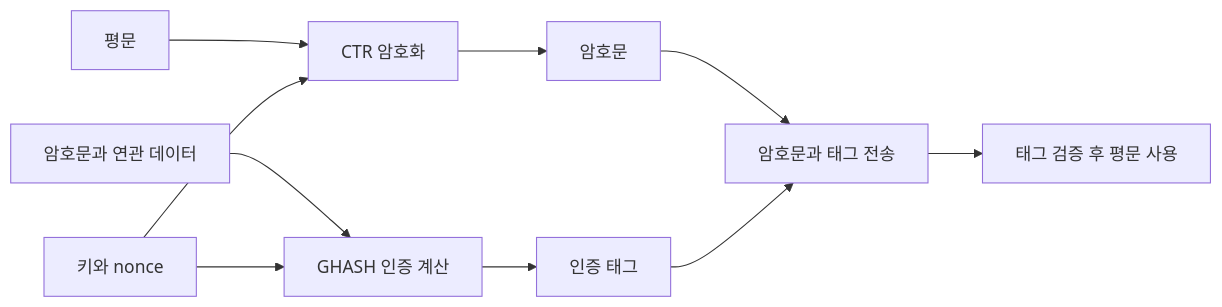
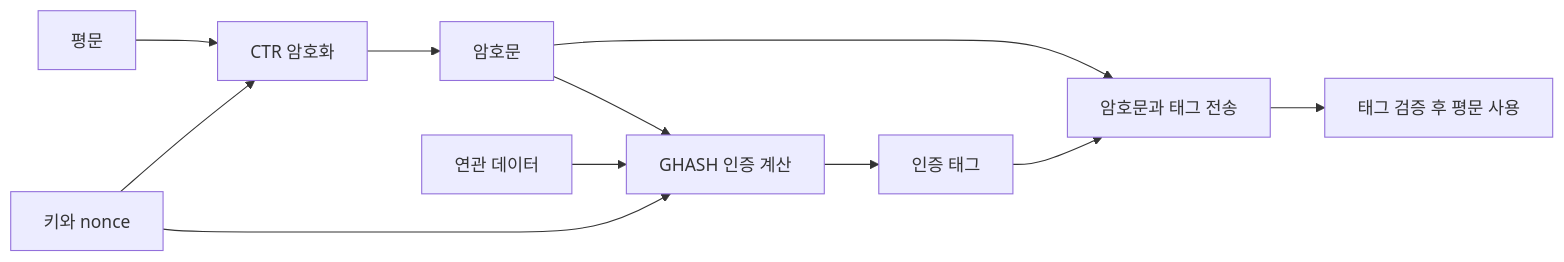
One commit to agnusdei1207/study changed the third of 3 diagrams in src/content/docs/notes/itpe/06-security/074_block_cipher_modes_of_operation.md. Above: the diagram before and after it, drawn with Mermaid. The commit also changed 472 other files, not shown here.

````diff
--- a/src/content/docs/notes/itpe/06-security/074_block_cipher_modes_of_operation.md
+++ b/src/content/docs/notes/itpe/06-security/074_block_cipher_modes_of_operation.md
@@ -105,12 +105,13 @@
 ```mermaid
 flowchart LR
   A[평문] --> B[CTR 암호화]
   B --> C[암호문]
-  D[암호문과 연관 데이터] --> E[GHASH 인증 계산]
+  C --> E[GHASH 인증 계산]
+  D[연관 데이터] --> E
   F[키와 nonce] --> B
   F --> E
   E --> G[인증 태그]
   C --> H[암호문과 태그 전송]
   G --> H
   H --> I[태그 검증 후 평문 사용]
 ```
````
